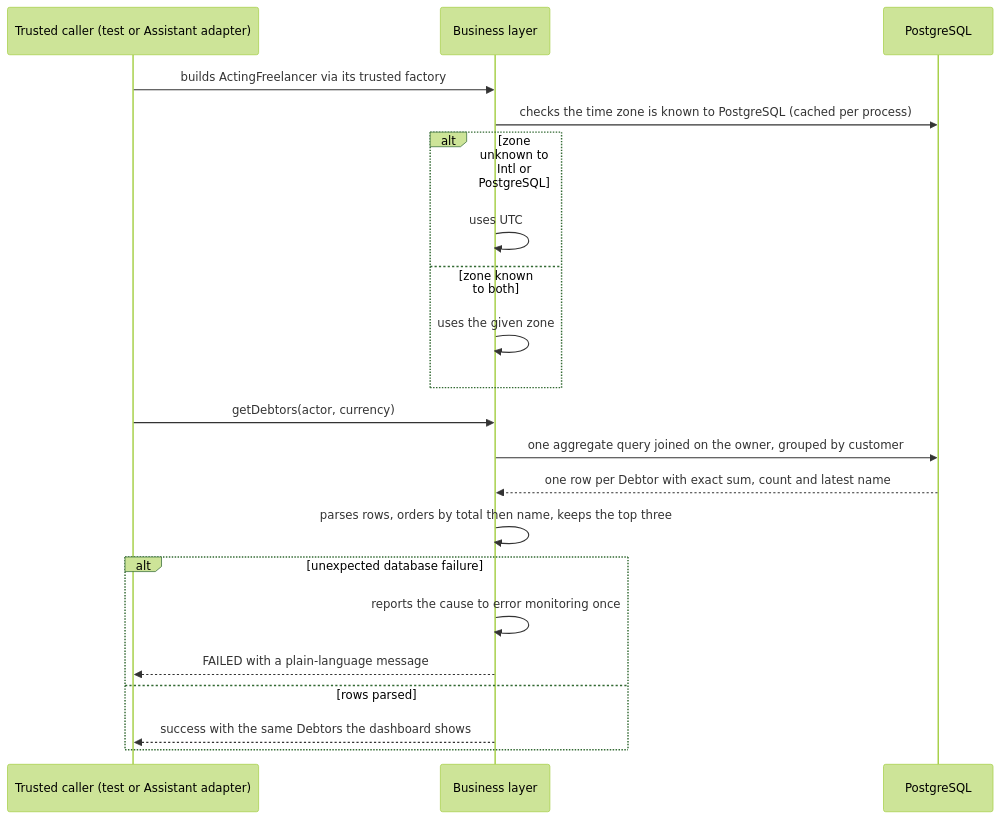
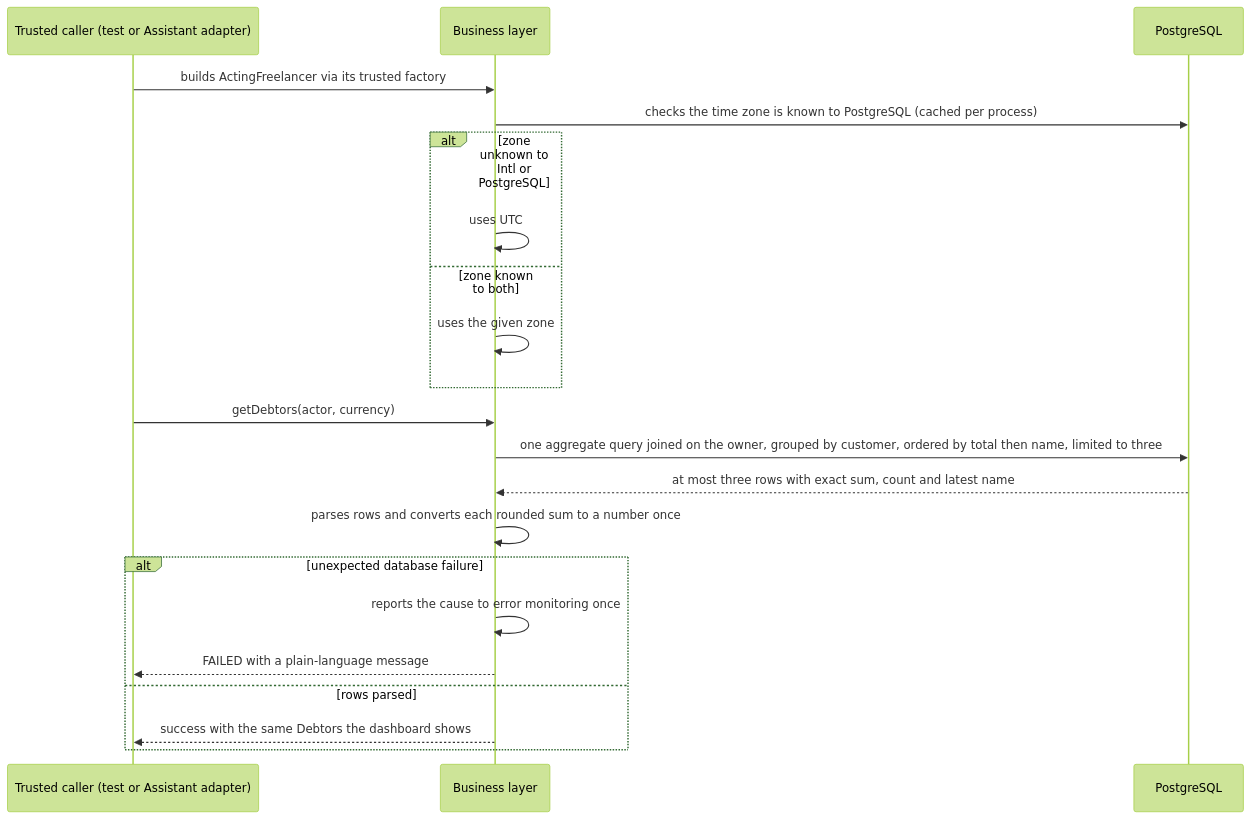
Before and after one commit to GopkoDev/invoiceForge: the fourth of 4 diagrams in docs/features/service-layer/sad.md, drawn with Mermaid (forest theme). The commit also changed other lines of this file and 3 other files, not shown here.

````diff
--- a/docs/features/service-layer/sad.md
+++ b/docs/features/service-layer/sad.md
@@ -240,23 +239,23 @@
 ```mermaid
 sequenceDiagram
     participant C as Trusted caller (test or Assistant adapter)
     participant BL as Business layer
     participant DB as PostgreSQL
     C->>BL: builds ActingFreelancer via its trusted factory
     BL->>DB: checks the time zone is known to PostgreSQL (cached per process)
     alt zone unknown to Intl or PostgreSQL
         BL->>BL: uses UTC
     else zone known to both
         BL->>BL: uses the given zone
     end
     C->>BL: getDebtors(actor, currency)
-    BL->>DB: one aggregate query joined on the owner, grouped by customer
-    DB-->>BL: one row per Debtor with exact sum, count and latest name
-    BL->>BL: parses rows, orders by total then name, keeps the top three
+    BL->>DB: one aggregate query joined on the owner, grouped by customer, ordered by total then name, limited to three
+    DB-->>BL: at most three rows with exact sum, count and latest name
+    BL->>BL: parses rows and converts each rounded sum to a number once
     alt unexpected database failure
         BL->>BL: reports the cause to error monitoring once
         BL-->>C: FAILED with a plain-language message
     else rows parsed
         BL-->>C: success with the same Debtors the dashboard shows
     end
 ```
````
